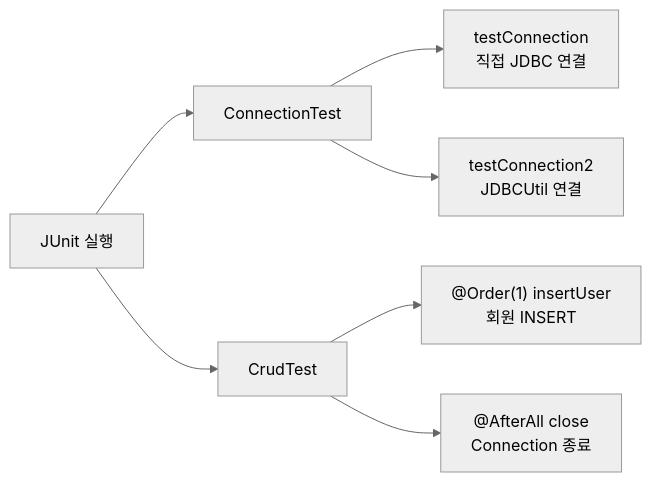
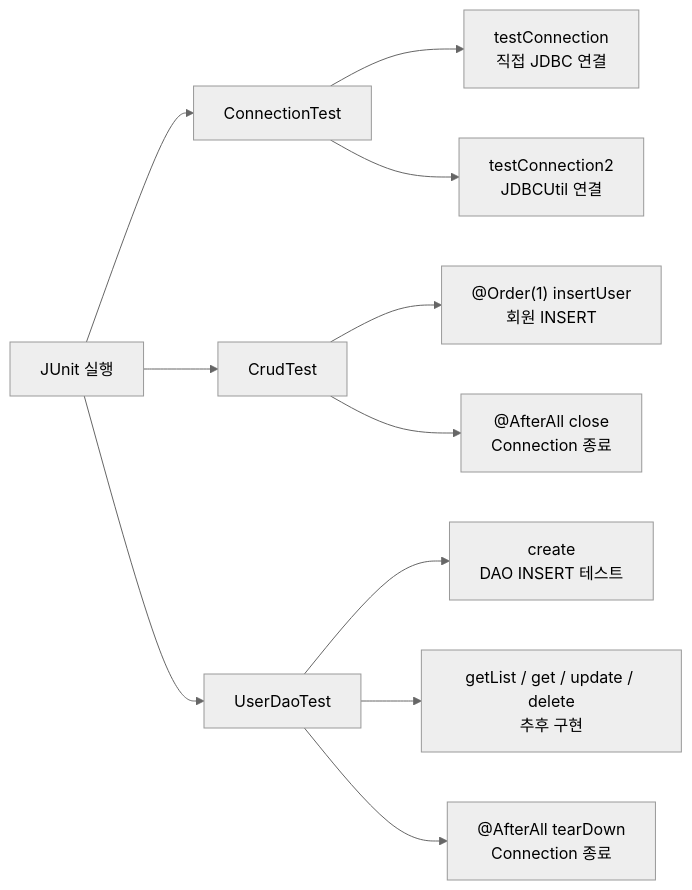
One commit to metaapple/jdbc_ex changed the fourth of 5 diagrams in README.md. Above: the diagram before and after it, drawn with Mermaid (neutral theme). The commit also changed other lines of this file, not shown here.

````diff
--- a/README.md
+++ b/README.md
@@ -212,11 +394,16 @@
 ```mermaid
 flowchart LR
     A[JUnit 실행] --> B[ConnectionTest]
     A --> C[CrudTest]
+    A --> D[UserDaoTest]
 
     B --> B1[testConnection<br/>직접 JDBC 연결]
     B --> B2[testConnection2<br/>JDBCUtil 연결]
 
     C --> C1["@Order(1) insertUser<br/>회원 INSERT"]
     C --> C2["@AfterAll close<br/>Connection 종료"]
+
+    D --> D1[create<br/>DAO INSERT 테스트]
+    D --> D2[getList / get / update / delete<br/>추후 구현]
+    D --> D3["@AfterAll tearDown<br/>Connection 종료"]
 ```
````
